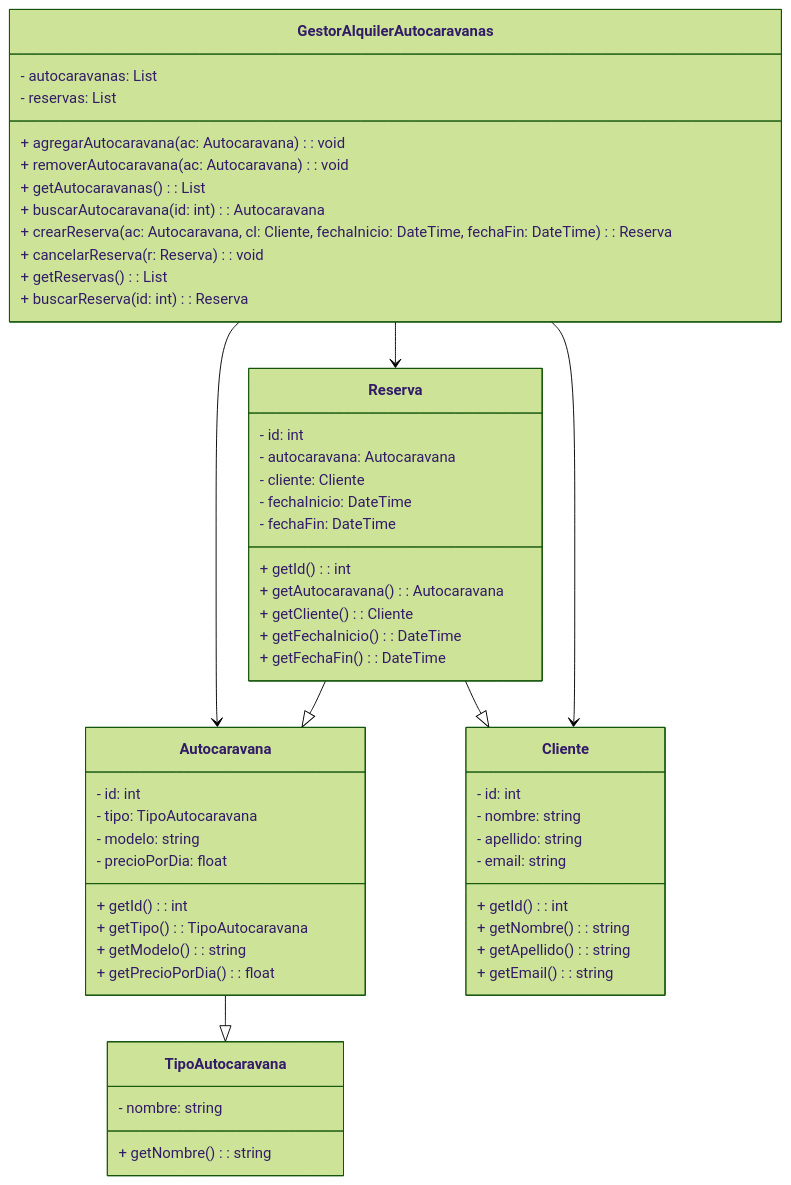
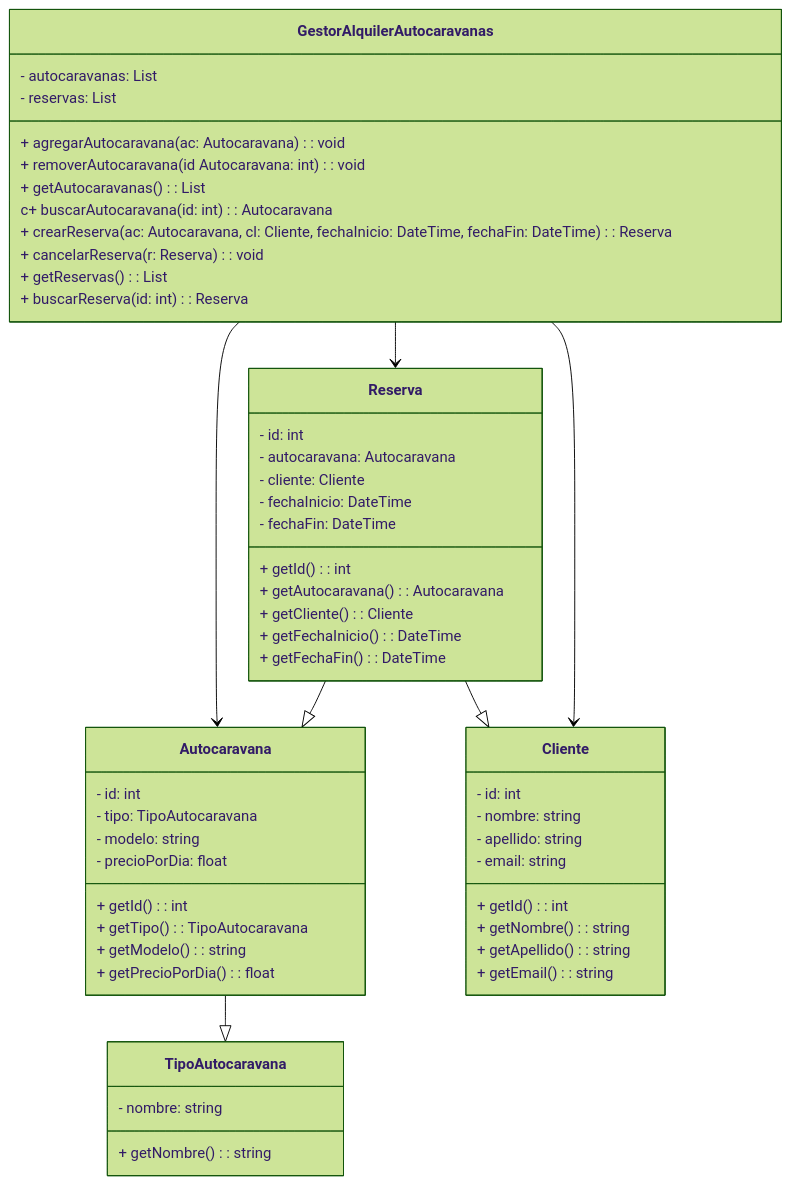
One commit to craboftw/KrenkoAutos changed the diagram in README.md. Above: the diagram before and after it, drawn with Mermaid (forest theme). The commit also changed other lines of this file and 2 other files, not shown here.

````diff
--- a/README.md
+++ b/README.md
@@ -7,62 +20,64 @@
 ```mermaid
 classDiagram
     class Autocaravana {
         - id: int
         - tipo: TipoAutocaravana
         - modelo: string
         - precioPorDia: float
         + getId(): int
         + getTipo(): TipoAutocaravana
         + getModelo(): string
         + getPrecioPorDia(): float
     }
 
     class TipoAutocaravana {
         - nombre: string
         + getNombre(): string
     }
 
     class Cliente {
         - id: int
         - nombre: string
         - apellido: string
         - email: string
         + getId(): int
         + getNombre(): string
         + getApellido(): string
         + getEmail(): string
     }
 
     class Reserva {
         - id: int
         - autocaravana: Autocaravana
         - cliente: Cliente
         - fechaInicio: DateTime
         - fechaFin: DateTime
         + getId(): int
         + getAutocaravana(): Autocaravana
         + getCliente(): Cliente
         + getFechaInicio(): DateTime
         + getFechaFin(): DateTime
+
+
     }
 
     class GestorAlquilerAutocaravanas {
         - autocaravanas: List<Autocaravana>
         - reservas: List<Reserva>
         + agregarAutocaravana(ac: Autocaravana): void
-        + removerAutocaravana(ac: Autocaravana): void
+        + removerAutocaravana(id Autocaravana: int): void
         + getAutocaravanas(): List<Autocaravana>
-        + buscarAutocaravana(id: int): Autocaravana
+        c+ buscarAutocaravana(id: int): Autocaravana
         + crearReserva(ac: Autocaravana, cl: Cliente, fechaInicio: DateTime, fechaFin: DateTime): Reserva
         + cancelarReserva(r: Reserva): void
         + getReservas(): List<Reserva>
         + buscarReserva(id: int): Reserva
     }
 
     Autocaravana --|> TipoAutocaravana
     Reserva --|> Autocaravana
     Reserva --|> Cliente
     GestorAlquilerAutocaravanas --> Autocaravana
     GestorAlquilerAutocaravanas --> Reserva
     GestorAlquilerAutocaravanas --> Cliente
 ```
````
